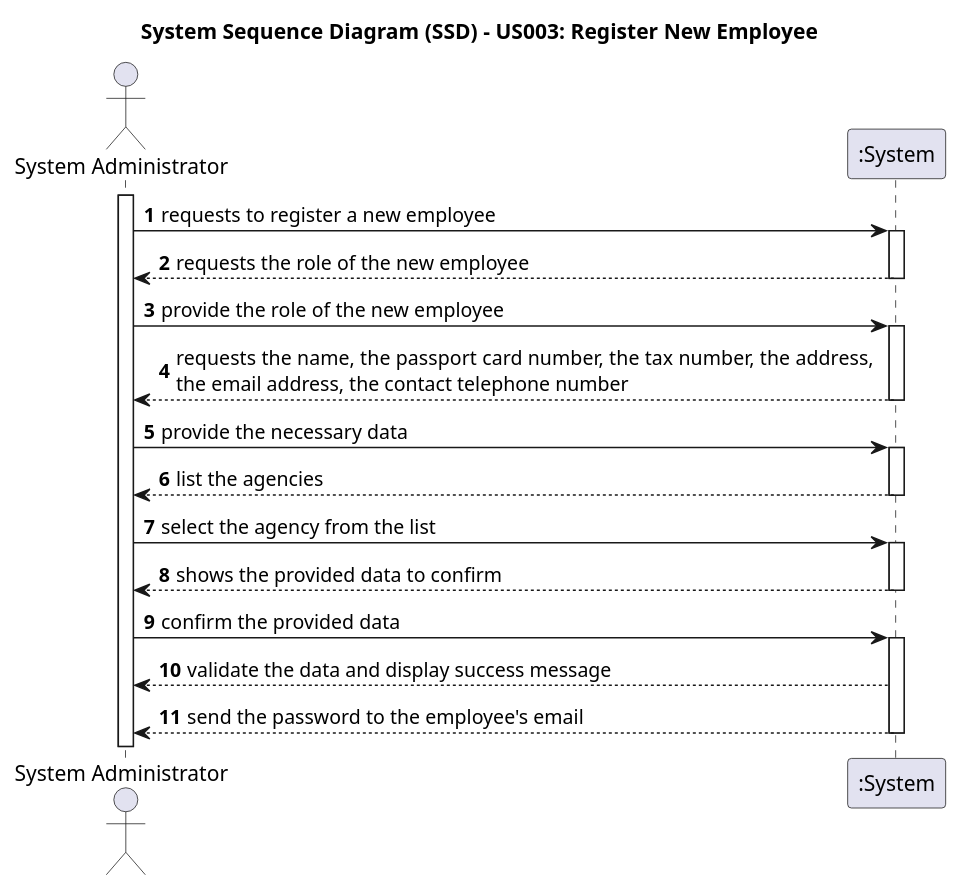
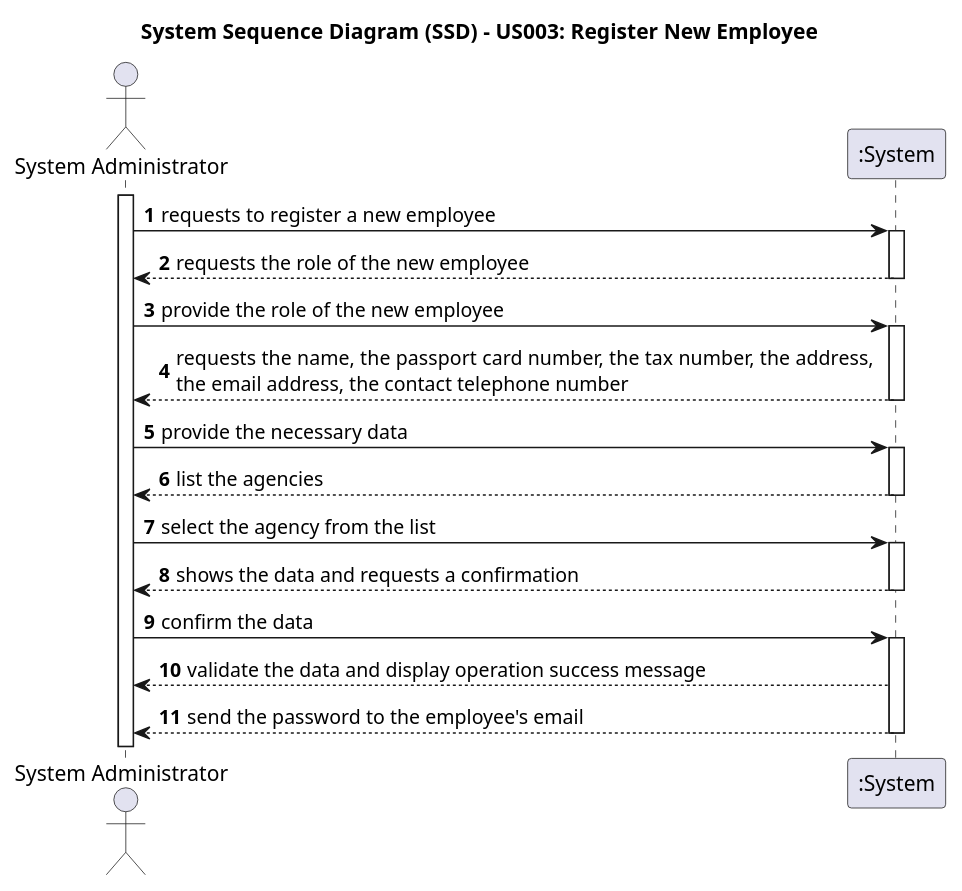
The diagram in docs/sprintB/us003/01.requirements-engineering/puml/us003-system-sequence-diagram.puml (Goncalves2525/real-estate-management-system), drawn with PlantUML before and after one commit. The commit also changed 4 other files, not shown here.

```diff
--- a/docs/sprintB/us003/01.requirements-engineering/puml/us003-system-sequence-diagram.puml
+++ b/docs/sprintB/us003/01.requirements-engineering/puml/us003-system-sequence-diagram.puml
@@ -1,48 +1,48 @@
 @startuml
 skinparam monochrome false
 skinparam packageStyle rectangle
 skinparam shadowing false
 
 title System Sequence Diagram (SSD) - US003: Register New Employee
 
 autonumber
 
 actor "System Administrator" as Admin
 participant ":System" as System
 
 activate Admin
 
     Admin -> System : requests to register a new employee
     activate System
 
         System --> Admin : requests the role of the new employee
     deactivate System
 
     Admin -> System : provide the role of the new employee
         activate System
 
             System --> Admin : requests the name, the passport card number, the tax number, the address, \nthe email address, the contact telephone number
 
         deactivate System
 
     Admin -> System : provide the necessary data
         activate System
 
             System --> Admin : list the agencies
         deactivate System
 
     Admin -> System : select the agency from the list
     activate System
 
-        System --> Admin : shows the provided data to confirm
+        System --> Admin : shows the data and requests a confirmation
     deactivate System
 
-    Admin -> System : confirm the provided data
+    Admin -> System : confirm the data
     activate System
 
-        System --> Admin : validate the data and display success message
+        System --> Admin : validate the data and display operation success message
         System --> Admin : send the password to the employee's email
 
     deactivate System
 
 @enduml
```
